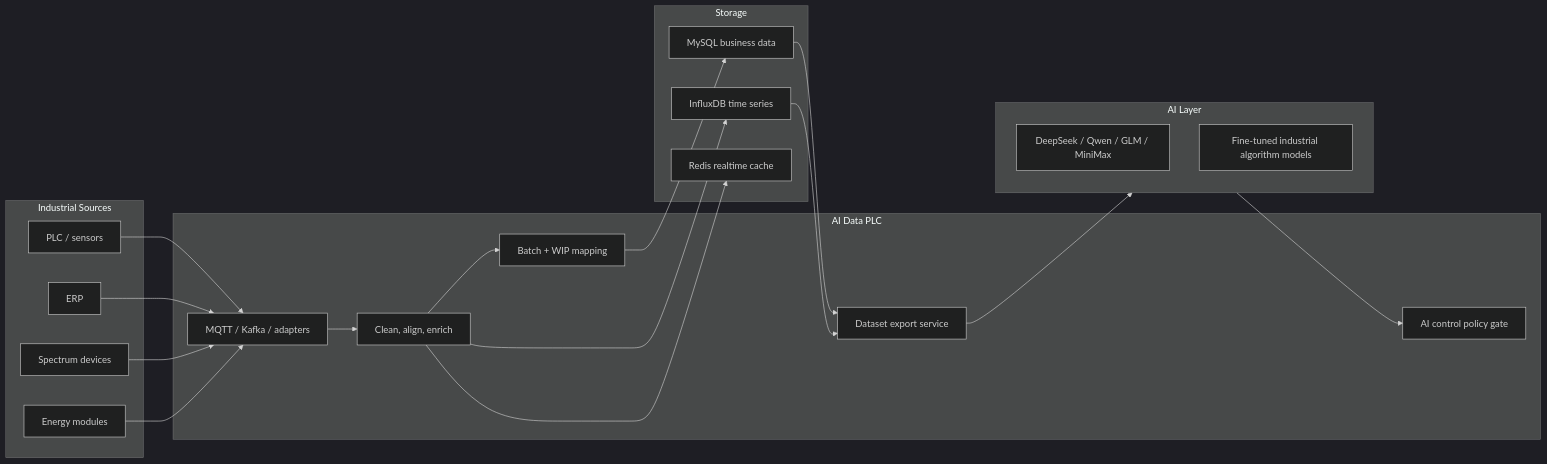
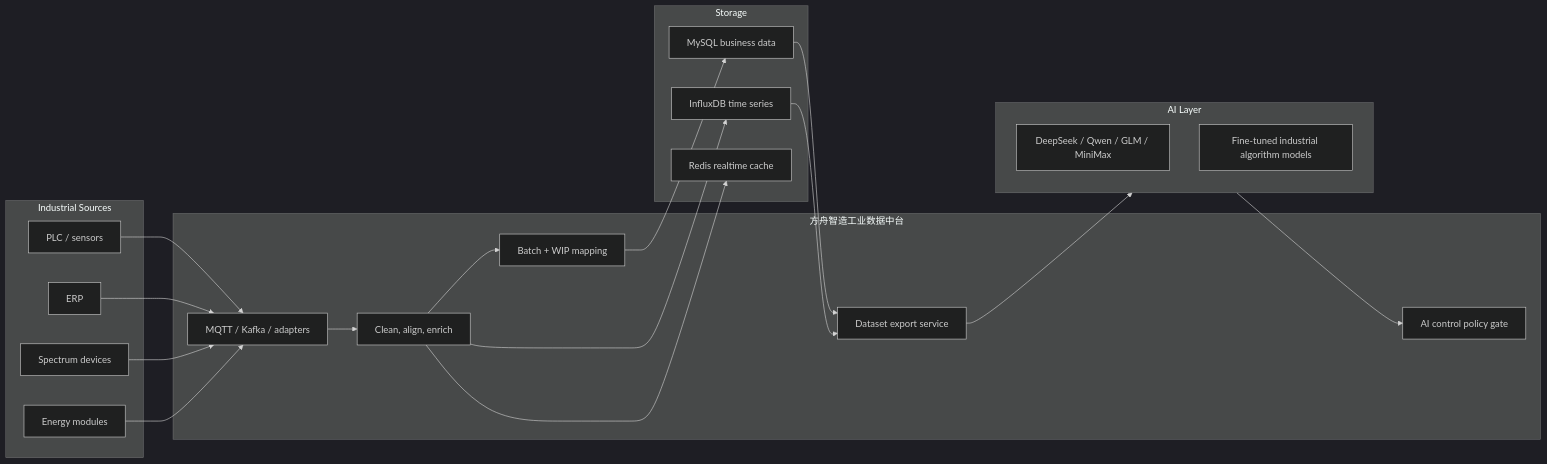
The first of 6 diagrams in README.md (SuperGokou/AI_Data_PLC), drawn with Mermaid (dark theme) before and after one commit. The commit also changed other lines of this file, not shown here.

````diff
--- a/README.md
+++ b/README.md
@@ -177,41 +178,41 @@
 ```mermaid
 flowchart LR
     subgraph Sources["Industrial Sources"]
         PLC["PLC / sensors"]
         ERP["ERP"]
         Spectrum["Spectrum devices"]
         Energy["Energy modules"]
     end
 
-    subgraph Middleware["AI Data PLC"]
+    subgraph Middleware["方舟智造工业数据中台"]
         Ingest["MQTT / Kafka / adapters"]
         Governance["Clean, align, enrich"]
         WIP["Batch + WIP mapping"]
         Dataset["Dataset export service"]
         Policy["AI control policy gate"]
     end
 
     subgraph Storage["Storage"]
         MySQL["MySQL business data"]
         Influx["InfluxDB time series"]
         Redis["Redis realtime cache"]
     end
 
     subgraph AI["AI Layer"]
         LLM["DeepSeek / Qwen / GLM / MiniMax"]
         Industrial["Fine-tuned industrial algorithm models"]
     end
 
     PLC --> Ingest
     ERP --> Ingest
     Spectrum --> Ingest
     Energy --> Ingest
     Ingest --> Governance --> WIP
     WIP --> MySQL
     Governance --> Influx
     Governance --> Redis
     MySQL --> Dataset
     Influx --> Dataset
     Dataset --> AI
     AI --> Policy
 ```
````
